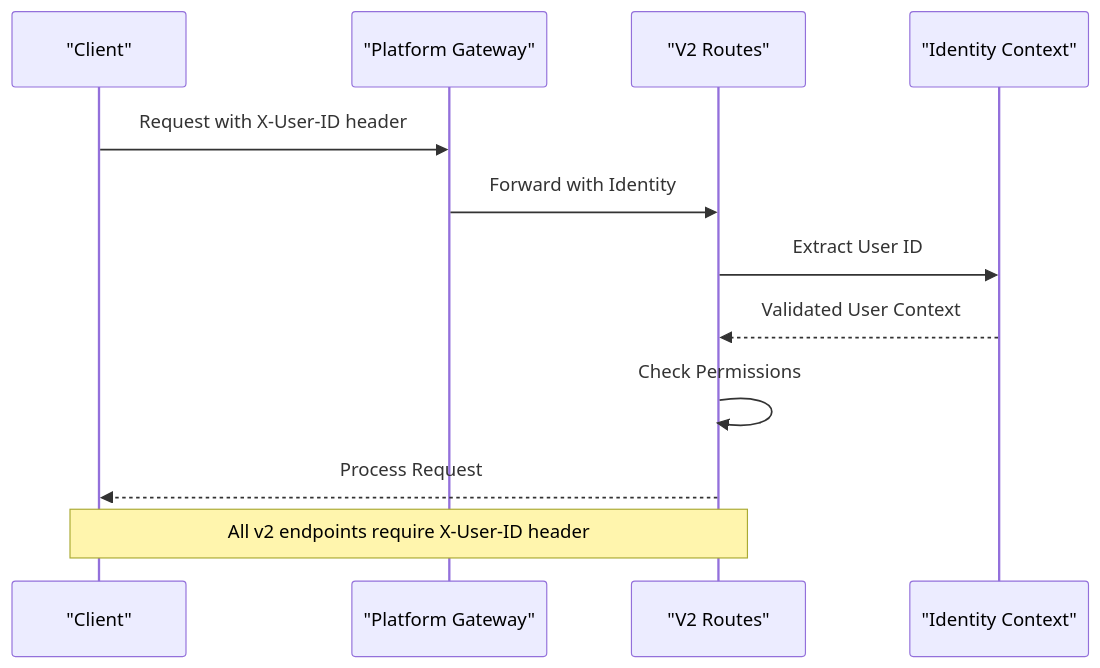
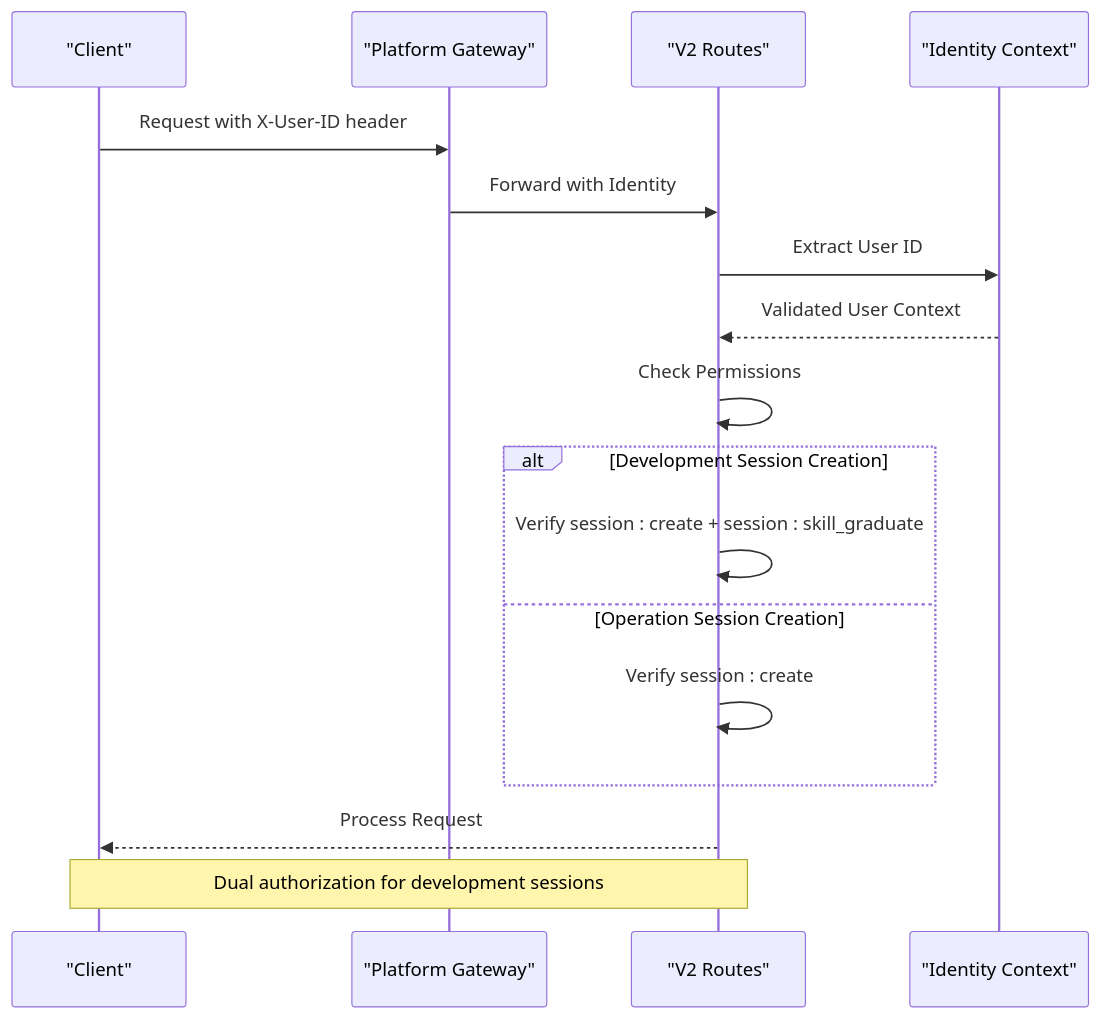
Before and after one commit to metasync/luban-aiops: the sixth of 10 diagrams in .qoder/repowiki/en/content/API Reference/Agent Platform API/Session Management API.md, drawn with Mermaid. The commit also changed other lines of this file and 6 other files, not shown here.

````diff
--- a/.qoder/repowiki/en/content/API Reference/Agent Platform API/Session Management API.md
+++ b/.qoder/repowiki/en/content/API Reference/Agent Platform API/Session Management API.md
@@ -347,14 +378,19 @@
 ```mermaid
 sequenceDiagram
 participant Client as "Client"
 participant Gateway as "Platform Gateway"
 participant V2Routes as "V2 Routes"
 participant Identity as "Identity Context"
 Client->>Gateway : Request with X-User-ID header
 Gateway->>V2Routes : Forward with Identity
 V2Routes->>Identity : Extract User ID
 Identity-->>V2Routes : Validated User Context
 V2Routes->>V2Routes : Check Permissions
+alt Development Session Creation
+V2Routes->>V2Routes : Verify session : create + session : skill_graduate
+else Operation Session Creation
+V2Routes->>V2Routes : Verify session : create
+end
 V2Routes-->>Client : Process Request
-Note over Client,V2Routes : All v2 endpoints require X-User-ID header
+Note over Client,V2Routes : Dual authorization for development sessions
 ```
````
